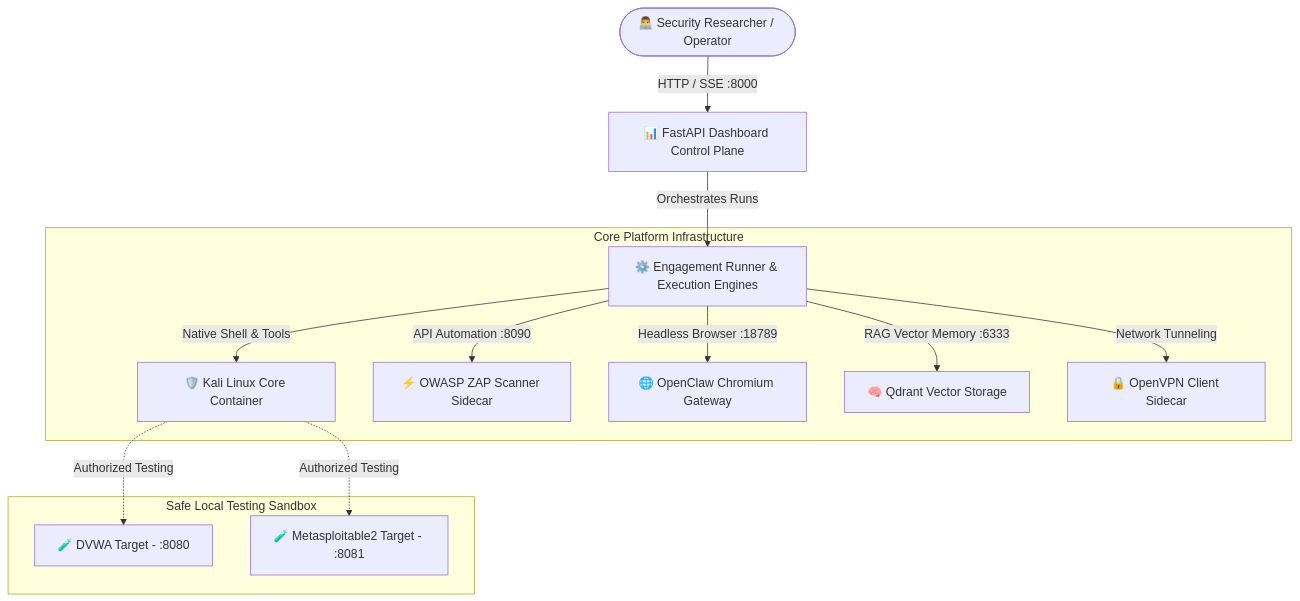
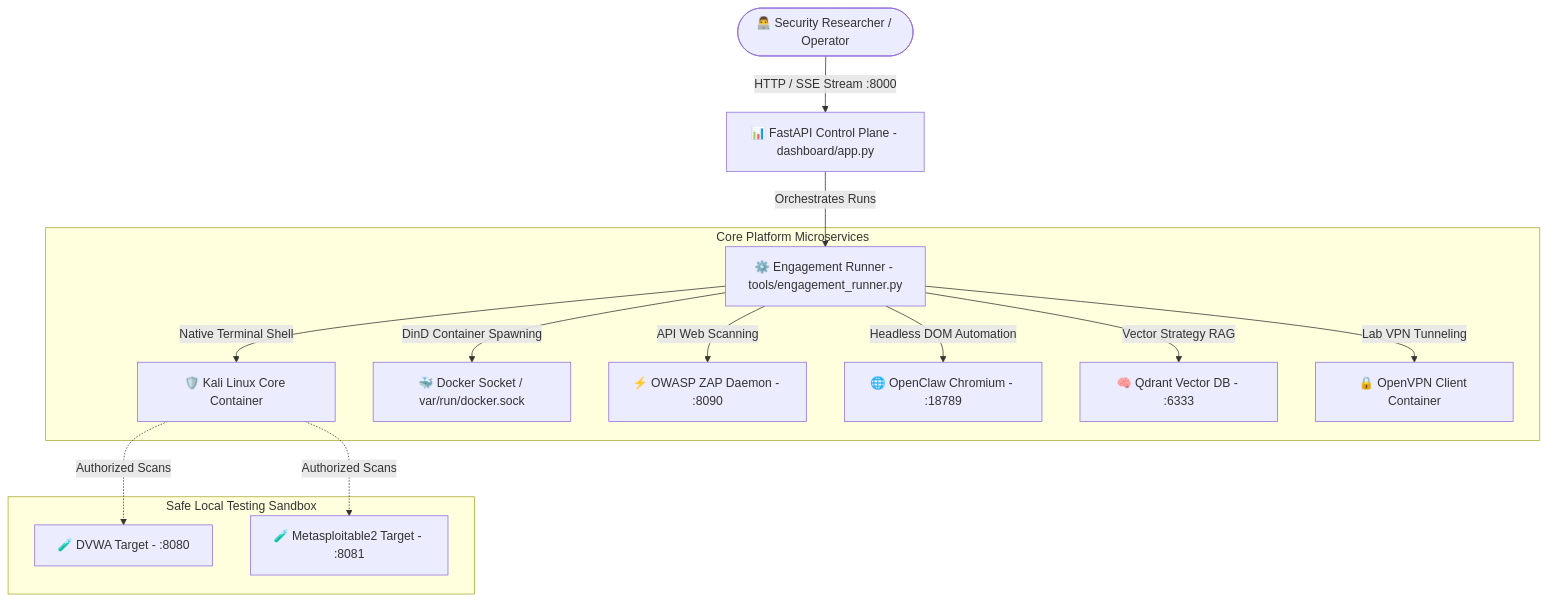
The diagram in README.md (ANVEAI/anve-offsec), drawn with Mermaid before and after one commit. The commit also changed other lines of this file, not shown here.

````diff
--- a/README.md
+++ b/README.md
@@ -87,18 +95,19 @@
 ```mermaid
 graph TD
-    User([👨‍💻 Security Researcher / Operator]) -->|HTTP / SSE :8000| Dash[📊 FastAPI Dashboard Control Plane]
-    Dash -->|Orchestrates Runs| Engine[⚙️ Engagement Runner & Execution Engines]
+    Operator([👨‍💻 Security Researcher / Operator]) -->|HTTP / SSE Stream :8000| ControlPlane[📊 FastAPI Control Plane - dashboard/app.py]
+    ControlPlane -->|Orchestrates Runs| Runner[⚙️ Engagement Runner - tools/engagement_runner.py]
     
-    subgraph Core Platform Infrastructure
-        Engine -->|Native Shell & Tools| Kali[🛡️ Kali Linux Core Container]
-        Engine -->|API Automation :8090| ZAP[⚡ OWASP ZAP Scanner Sidecar]
-        Engine -->|Headless Browser :18789| OpenClaw[🌐 OpenClaw Chromium Gateway]
-        Engine -->|RAG Vector Memory :6333| Qdrant[🧠 Qdrant Vector Storage]
-        Engine -->|Network Tunneling| VPN[🔒 OpenVPN Client Sidecar]
+    subgraph Core Platform Microservices
+        Runner -->|Native Terminal Shell| KaliCore[🛡️ Kali Linux Core Container]
+        Runner -->|DinD Container Spawning| DinD[🐳 Docker Socket / var/run/docker.sock]
+        Runner -->|API Web Scanning| ZAPDaemon[⚡ OWASP ZAP Daemon - :8090]
+        Runner -->|Headless DOM Automation| OpenClawGateway[🌐 OpenClaw Chromium - :18789]
+        Runner -->|Vector Strategy RAG| QdrantDB[🧠 Qdrant Vector DB - :6333]
+        Runner -->|Lab VPN Tunneling| OpenVPN[🔒 OpenVPN Client Container]
     end
 
     subgraph Safe Local Testing Sandbox
-        Kali -. Authorized Testing .-> DVWA[🧪 DVWA Target - :8080]
-        Kali -. Authorized Testing .-> Meta[🧪 Metasploitable2 Target - :8081]
+        KaliCore -. Authorized Scans .-> DVWA[🧪 DVWA Target - :8080]
+        KaliCore -. Authorized Scans .-> Meta[🧪 Metasploitable2 Target - :8081]
     end
 ```
````
